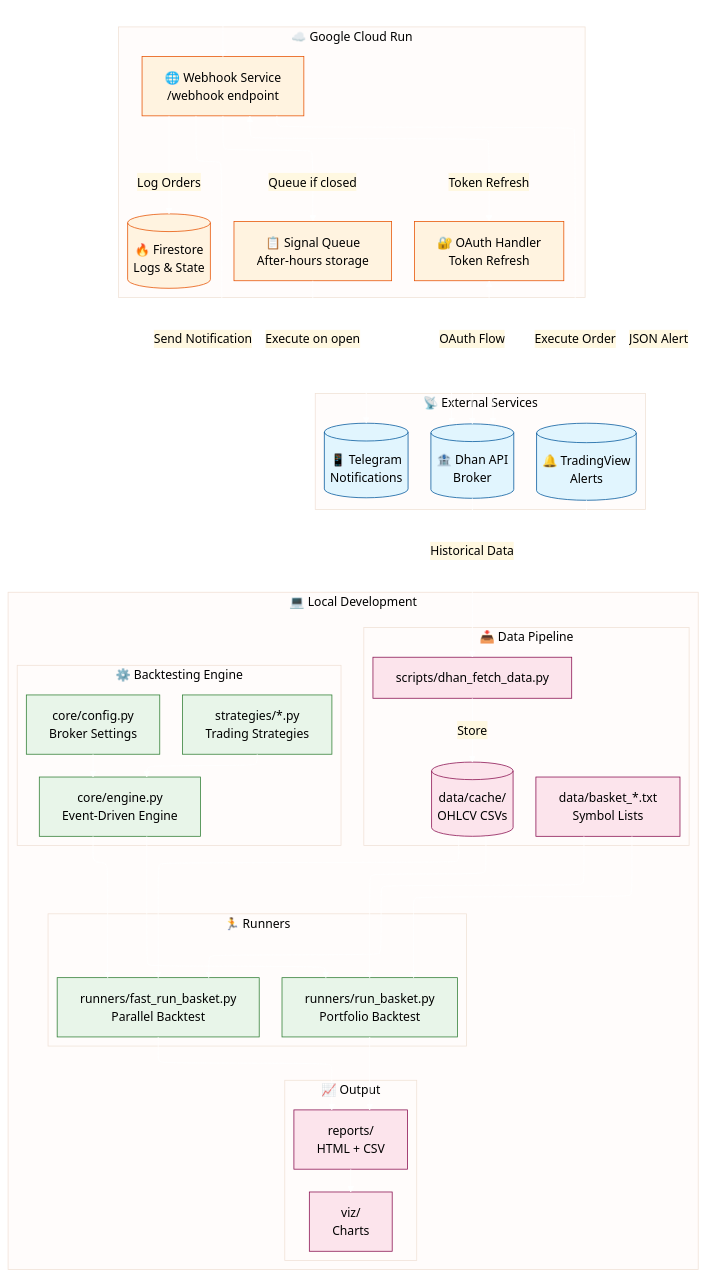
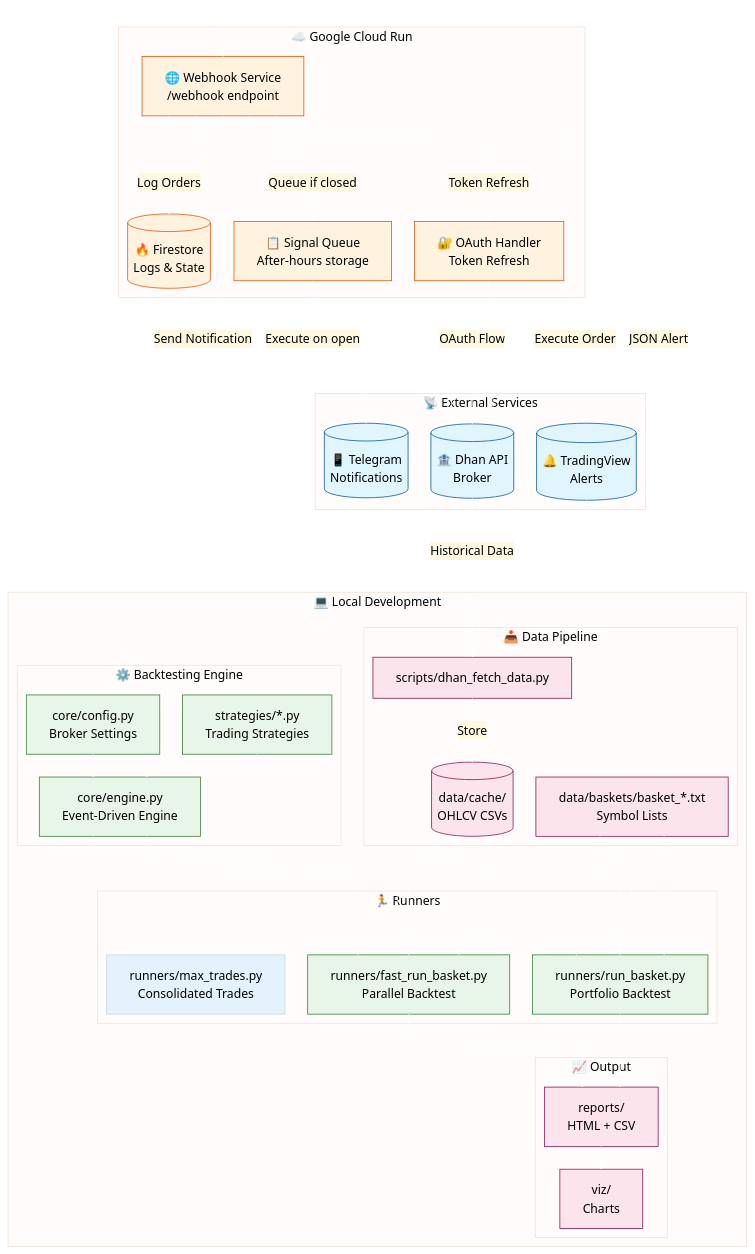
The first of 4 diagrams in README.md (abhishekjs0/quantlab-bot), drawn with Mermaid before and after one commit. The commit also changed other lines of this file and 67 other files, not shown here.

```diff
--- a/README.md
+++ b/README.md
@@ -72,7 +110,7 @@
         subgraph DataPipeline["📥 Data Pipeline"]
             FETCH["scripts/dhan_fetch_data.py"]
             CACHE[("data/cache/<br/>OHLCV CSVs")]
-            BASKETS["data/basket_*.txt<br/>Symbol Lists"]
+            BASKETS["data/baskets/basket_*.txt<br/>Symbol Lists"]
         end
 
         subgraph BacktestEngine["⚙️ Backtesting Engine"]
@@ -84,6 +122,7 @@
         subgraph Runners["🏃 Runners"]
             BASKET["runners/run_basket.py<br/>Portfolio Backtest"]
             FAST["runners/fast_run_basket.py<br/>Parallel Backtest"]
+            MAXTRADES["runners/max_trades.py<br/>Consolidated Trades"]
         end
 
         subgraph Output["📈 Output"]
```
